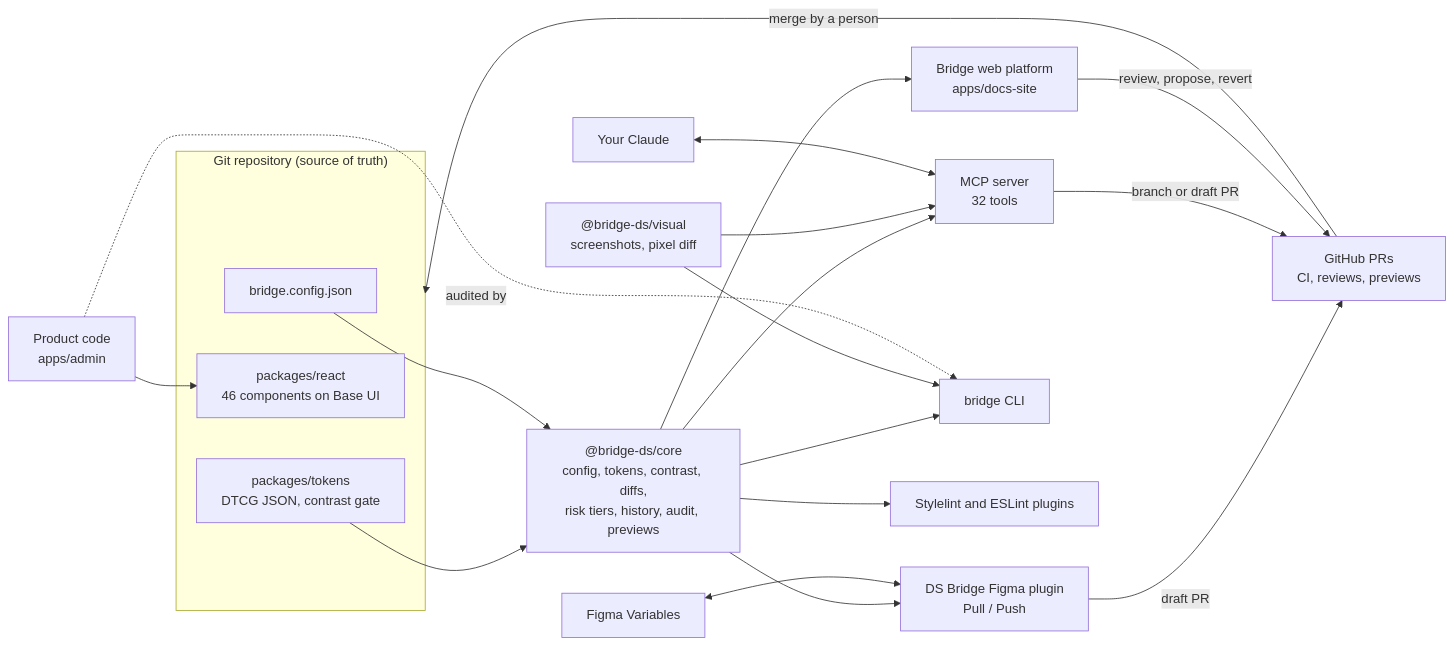
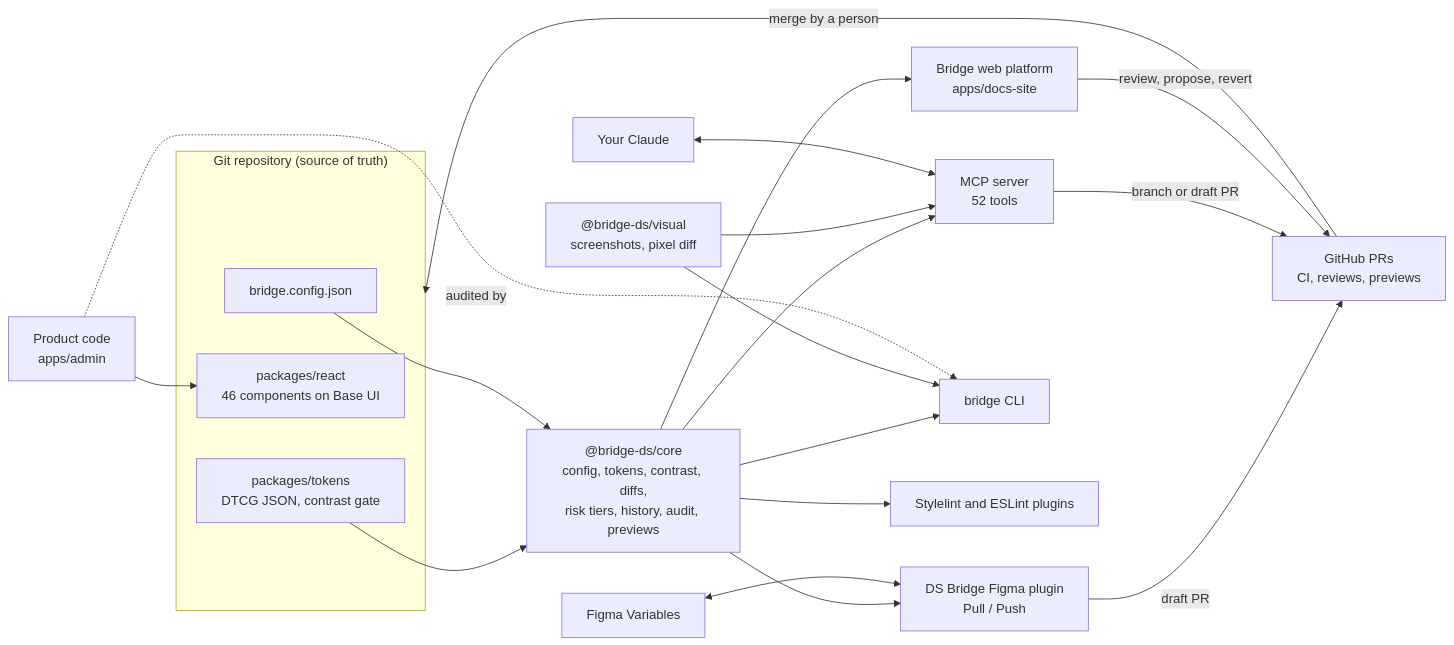
One commit to peterbono/ai-design-system-demo changed the diagram in README.md. Above: the diagram before and after it, drawn with Mermaid. The commit also changed other lines of this file and 56 other files, not shown here.

First line of the commit message:
feat(mcp, cli, core): Studio parity for branches, docs, products

````diff
--- a/README.md
+++ b/README.md
@@ -130,31 +130,31 @@
 ```mermaid
 flowchart LR
   subgraph repo["Git repository (source of truth)"]
     tokens["packages/tokens<br/>DTCG JSON, contrast gate"]
     react["packages/react<br/>46 components on Base UI"]
     config["bridge.config.json"]
   end
 
   core["@bridge-ds/core<br/>config, tokens, contrast, diffs,<br/>risk tiers, history, audit, previews"]
 
   tokens --> core
   config --> core
 
   core --> docs["Bridge web platform<br/>apps/docs-site"]
   core --> plugin["DS Bridge Figma plugin<br/>Pull / Push"]
-  core --> mcp["MCP server<br/>32 tools"]
+  core --> mcp["MCP server<br/>52 tools"]
   core --> cli["bridge CLI"]
   core --> lint["Stylelint and ESLint plugins"]
   visual["@bridge-ds/visual<br/>screenshots, pixel diff"] --> cli
   visual --> mcp
 
   claude["Your Claude"] <--> mcp
   figma["Figma Variables"] <--> plugin
   product["Product code<br/>apps/admin"] --> react
   product -. audited by .-> cli
 
   plugin -- draft PR --> gh["GitHub PRs<br/>CI, reviews, previews"]
   mcp -- branch or draft PR --> gh
   docs -- review, propose, revert --> gh
   gh -- merge by a person --> repo
 ```
````
